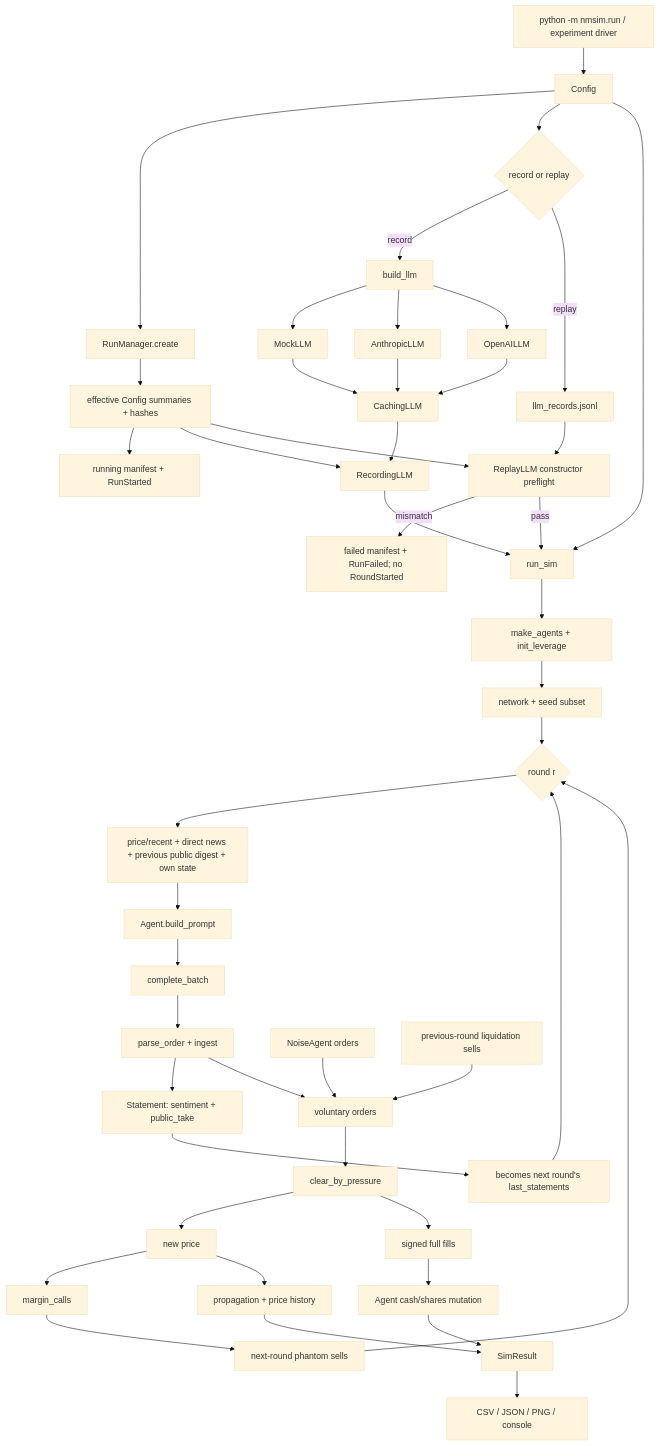
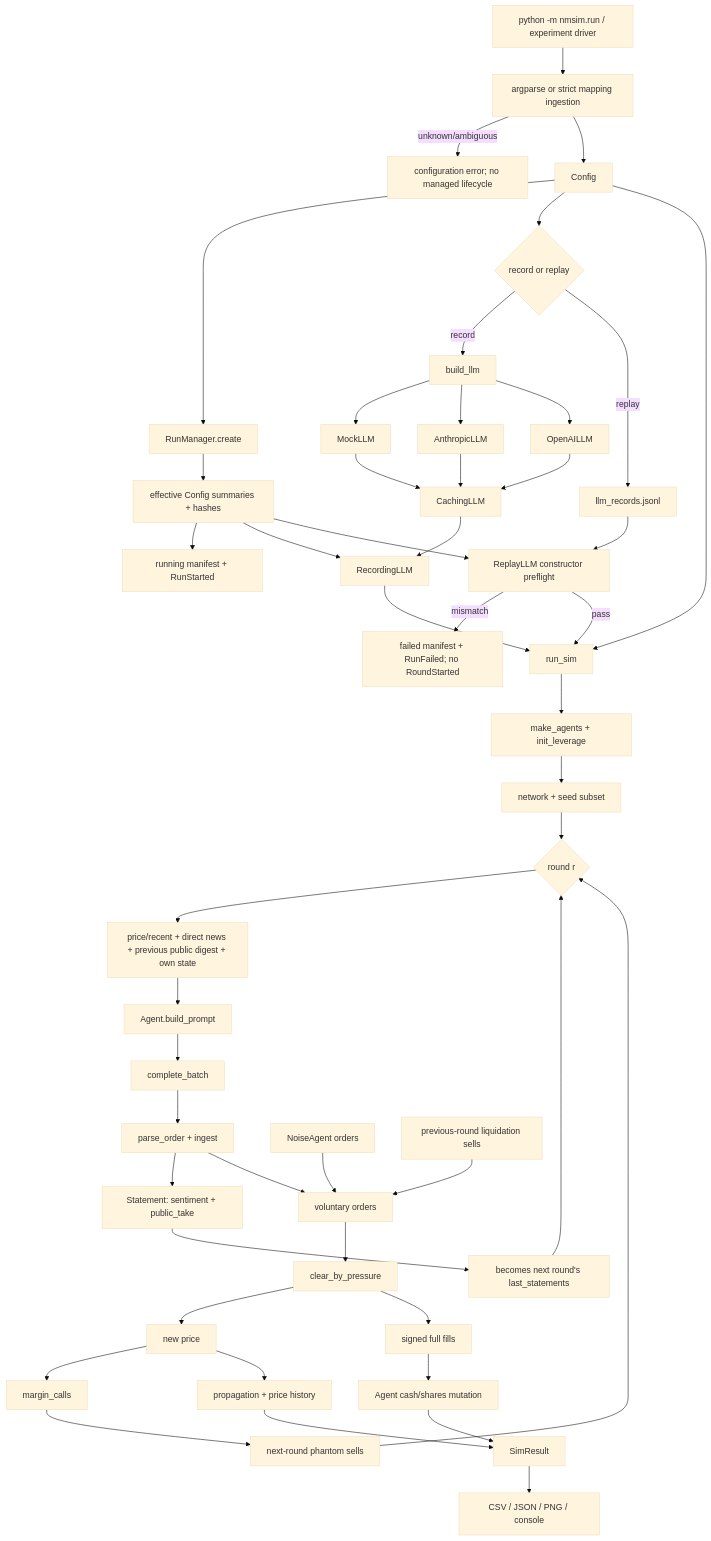
One commit to b25805634-cyber/Agent-based-simulation-of-financial-markets changed the diagram in docs/ARCHITECTURE_CURRENT.md. Above: the diagram before and after it, drawn with Mermaid (base theme). The commit also changed other lines of this file and 10 other files, not shown here.

Commit message:
fix: version replay records and reject unknown config keys

````diff
--- a/docs/ARCHITECTURE_CURRENT.md
+++ b/docs/ARCHITECTURE_CURRENT.md
@@ -80,50 +94,52 @@
 ```mermaid
 flowchart TD
-    CLI[python -m nmsim.run / experiment driver] --> CFG[Config]
+    CLI[python -m nmsim.run / experiment driver] --> INGEST[argparse or strict mapping ingestion]
+    INGEST -->|unknown/ambiguous| CFGERR[configuration error; no managed lifecycle]
+    INGEST --> CFG[Config]
     CFG --> RM[RunManager.create]
     RM --> CONTRACT[effective Config summaries + hashes]
     CONTRACT --> MANIFEST[running manifest + RunStarted]
     CFG --> MODE{record or replay}
     MODE -->|record| FACTORY[build_llm]
     FACTORY --> MOCK[MockLLM]
     FACTORY --> ANT[AnthropicLLM]
     FACTORY --> OAI[OpenAILLM]
     MOCK --> CACHE[CachingLLM]
     ANT --> CACHE
     OAI --> CACHE
     CACHE --> REC[RecordingLLM]
     CONTRACT --> REC
     MODE -->|replay| SOURCE[llm_records.jsonl]
     SOURCE --> PREFLIGHT[ReplayLLM constructor preflight]
     CONTRACT --> PREFLIGHT
     PREFLIGHT -->|mismatch| FAILED[failed manifest + RunFailed; no RoundStarted]
     PREFLIGHT -->|pass| SIM[run_sim]
     REC --> SIM
     CFG --> SIM
 
     SIM --> CAST[make_agents + init_leverage]
     CAST --> GRAPH[network + seed subset]
     GRAPH --> LOOP{round r}
 
     LOOP --> OBS[price/recent + direct news + previous public digest + own state]
     OBS --> PROMPT[Agent.build_prompt]
     PROMPT --> BATCH[complete_batch]
     BATCH --> PARSE[parse_order + ingest]
     PARSE --> PUB[Statement: sentiment + public_take]
     PARSE --> ORDERS[voluntary orders]
     NOISE[NoiseAgent orders] --> ORDERS
     PENDING[previous-round liquidation sells] --> ORDERS
     ORDERS --> MARKET[clear_by_pressure]
     MARKET --> PRICE[new price]
     MARKET --> FILLS[signed full fills]
     FILLS --> PORT[Agent cash/shares mutation]
     PRICE --> MARGIN[margin_calls]
     MARGIN --> PENDING2[next-round phantom sells]
     PRICE --> METRICS[propagation + price history]
     PUB --> NEXT[becomes next round's last_statements]
     PENDING2 --> LOOP
     NEXT --> LOOP
     METRICS --> RESULT[SimResult]
     PORT --> RESULT
     RESULT --> OUTPUT[CSV / JSON / PNG / console]
 ```
````
